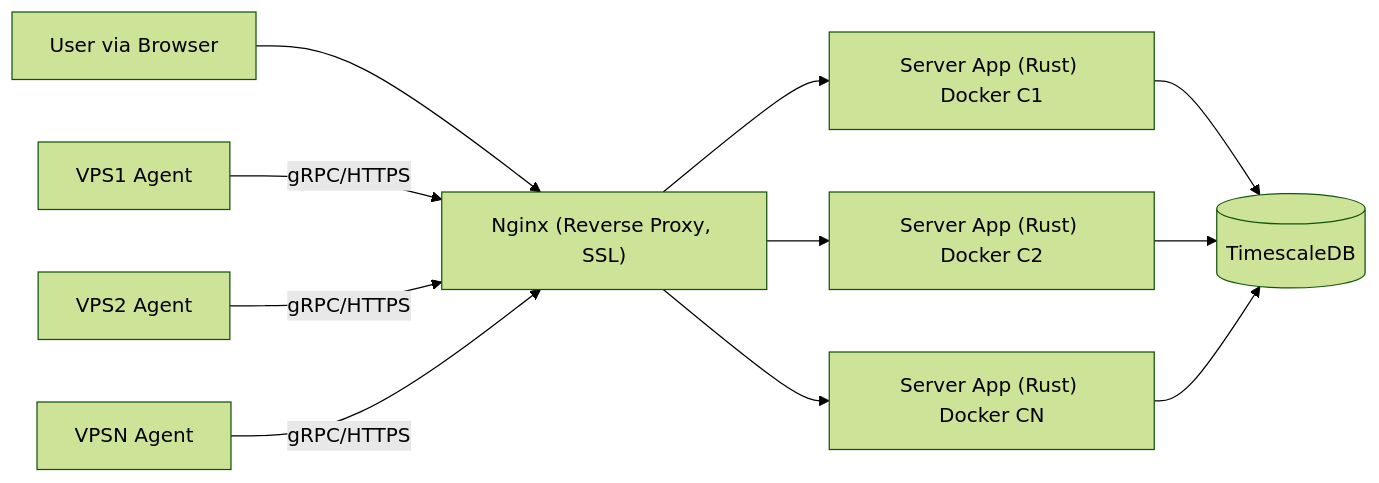
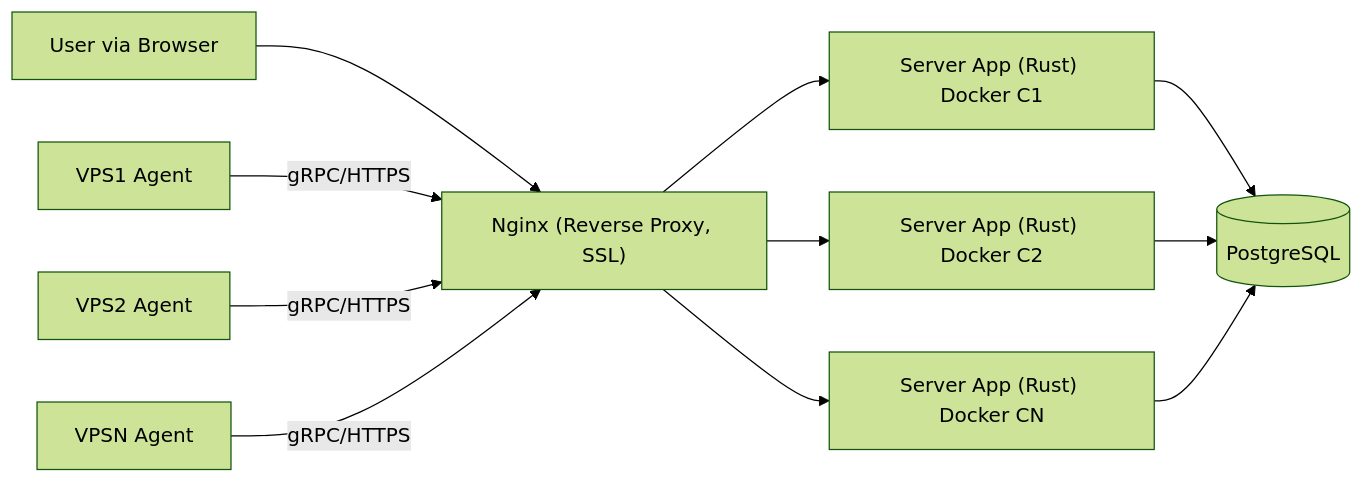
Before and after one commit to moonheart/NodeNexus: the second of 2 diagrams in docs/arch_design.md, drawn with Mermaid (forest theme). The commit also changed other lines of this file and 1 other file, not shown here.

Commit message:
更新架构设计文档和协议定义，优化 Agent 与 Server 的通信流程，增加握手、认证、配置同步及数据上报等交互细节

````diff
--- a/docs/arch_design.md
+++ b/docs/arch_design.md
@@ -347,21 +378,21 @@
 ```mermaid
 graph LR
     User[User via Browser] --> Nginx["Nginx (Reverse Proxy, SSL)"]
     Nginx --> ServerAppContainer1["Server App (Rust) Docker C1"]
     Nginx --> ServerAppContainer2["Server App (Rust) Docker C2"]
     Nginx --> ServerAppContainerN["Server App (Rust) Docker CN"]
 
-    ServerAppContainer1 --> DB[(TimescaleDB)]
+    ServerAppContainer1 --> DB[(PostgreSQL)]
     ServerAppContainer2 --> DB
     ServerAppContainerN --> DB
 
     Agent1[VPS1 Agent] --gRPC/HTTPS--> Nginx
     Agent2[VPS2 Agent] --gRPC/HTTPS--> Nginx
     AgentN[VPSN Agent] --gRPC/HTTPS--> Nginx
 
     %% Optional MQ
     %% ServerAppContainer1 --> MQ([Message Queue])
     %% ServerAppContainer2 --> MQ
     %% ServerAppContainerN --> MQ
     %% MQ --> ServerAppContainer1 %% For consuming tasks/events
 ```
````
